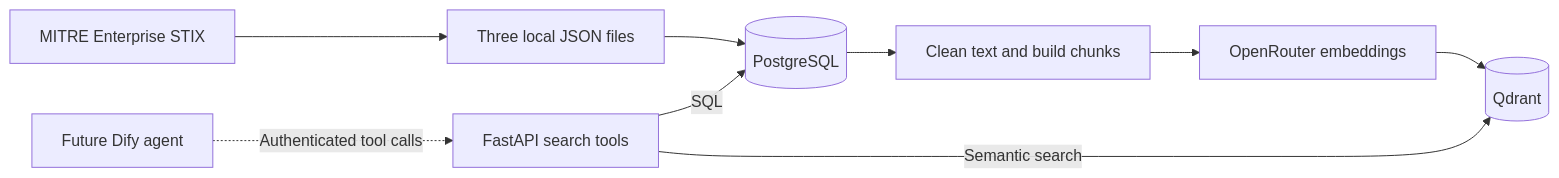
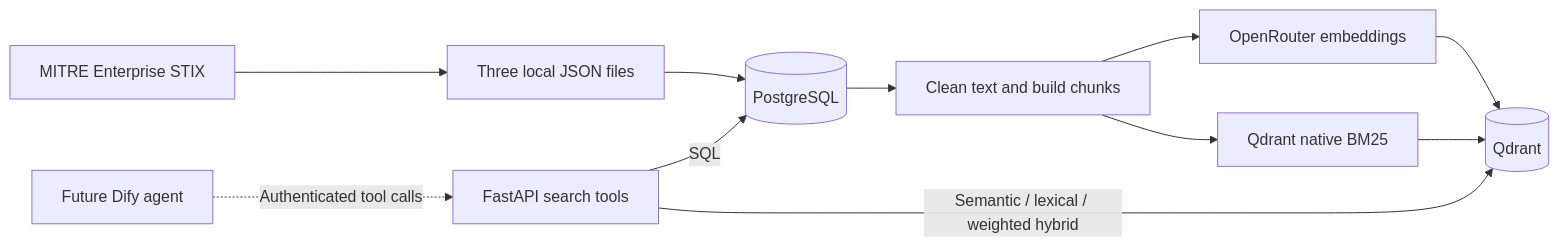
The diagram in README.md (BDanial/mitre_attack_chatbot), drawn with Mermaid before and after one commit. The commit also changed other lines of this file and 25 other files, not shown here.

Commit message:
Add LLM-directed lexical and hybrid retrieval with English documentation

````diff
--- a/README.md
+++ b/README.md
@@ -52,11 +53,13 @@
 ```mermaid
 flowchart LR
     MITRE[MITRE Enterprise STIX] --> JSON[Three local JSON files]
     JSON --> PG[(PostgreSQL)]
     PG --> DOCS[Clean text and build chunks]
     DOCS --> EMB[OpenRouter embeddings]
+    DOCS --> BM25[Qdrant native BM25]
     EMB --> QD[(Qdrant)]
+    BM25 --> QD
     API[FastAPI search tools] -->|SQL| PG
-    API -->|Semantic search| QD
+    API -->|Semantic / lexical / weighted hybrid| QD
     DIFY[Future Dify agent] -.->|Authenticated tool calls| API
 ```
````
